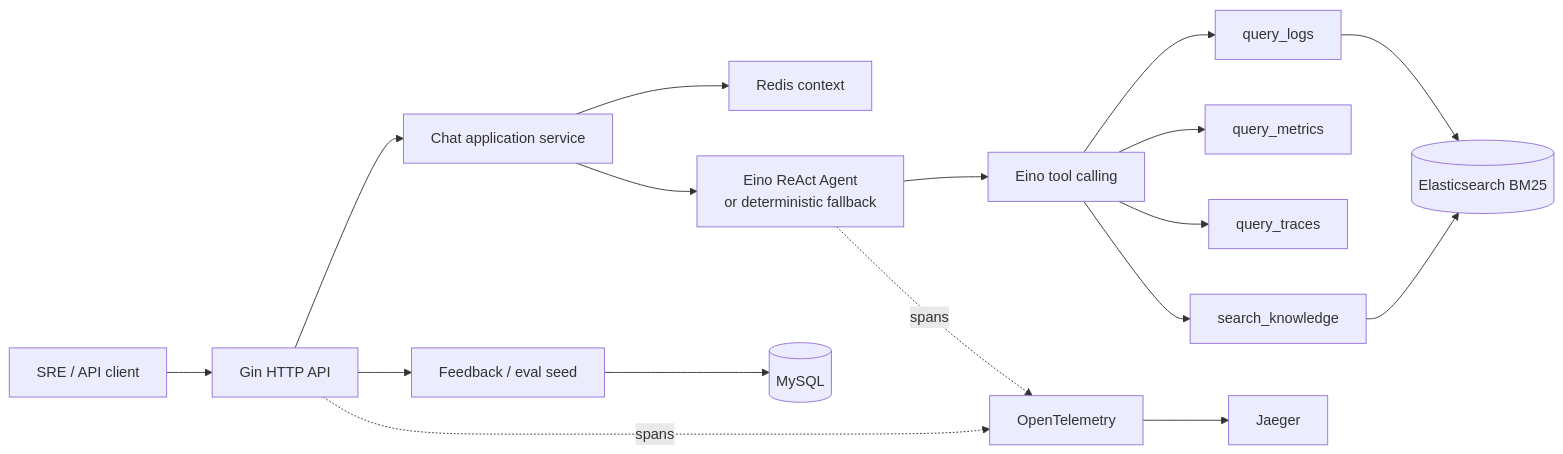
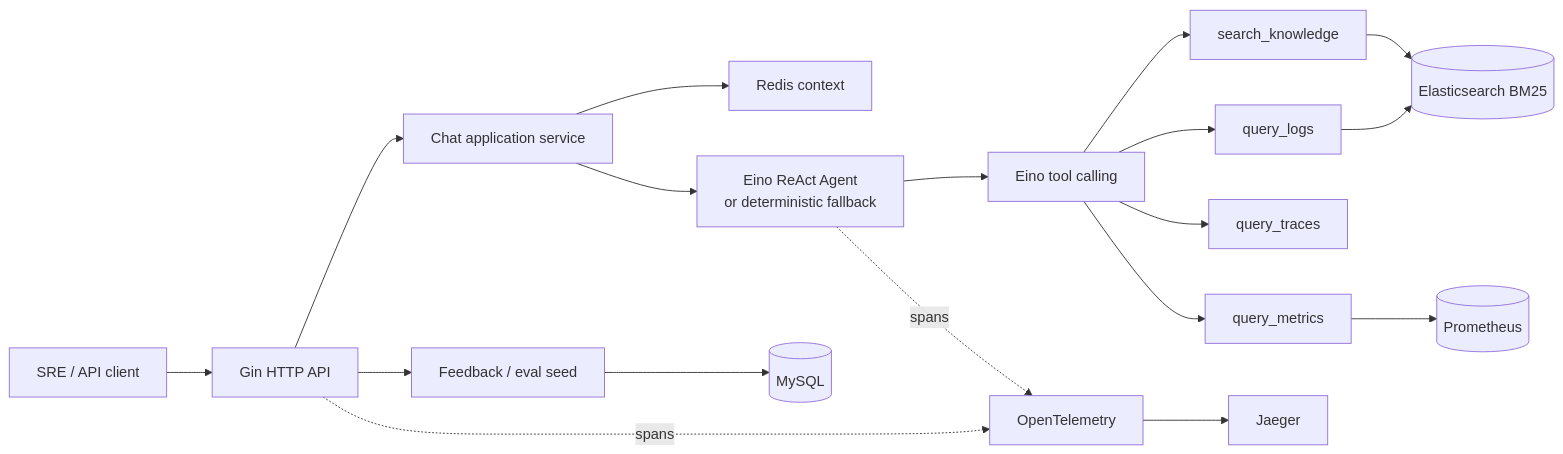
Before and after one commit to jiawei-wang-dev/WatchOps-Lite: the diagram in README.md, drawn with Mermaid. The commit also changed other lines of this file and 34 other files, not shown here.

````diff
--- a/README.md
+++ b/README.md
@@ -9,19 +9,20 @@
 ```mermaid
 flowchart LR
     C["SRE / API client"] --> G["Gin HTTP API"]
     G --> A["Chat application service"]
     A --> M["Redis context"]
     A --> E["Eino ReAct Agent<br/>or deterministic fallback"]
     E --> T["Eino tool calling"]
     T --> L["query_logs"]
     T --> P["query_metrics"]
     T --> R["query_traces"]
     T --> K["search_knowledge"]
     L --> ES
+    P --> PROM[("Prometheus")]
     K --> ES[("Elasticsearch BM25")]
     G --> F["Feedback / eval seed"]
     F --> DB[("MySQL")]
     G -. spans .-> O["OpenTelemetry"]
     E -. spans .-> O
     O --> J["Jaeger"]
 ```
````
